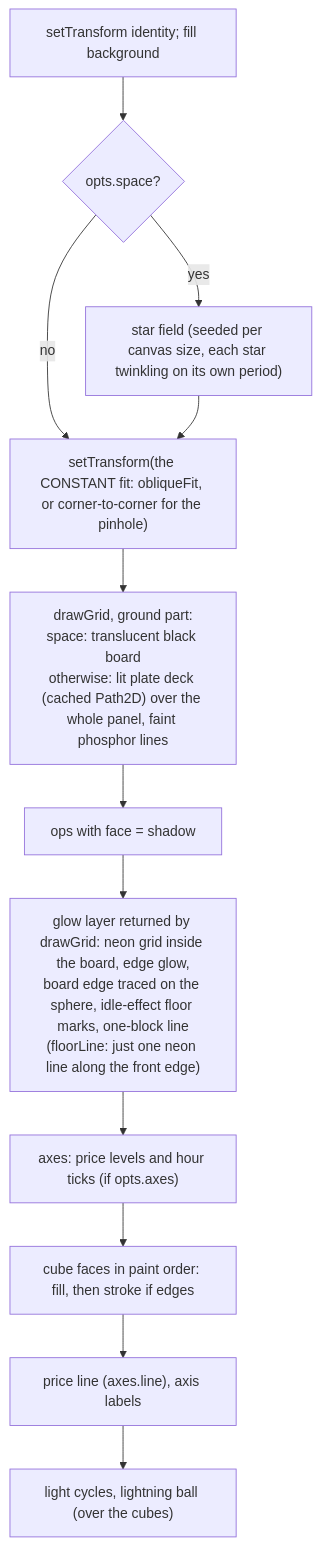
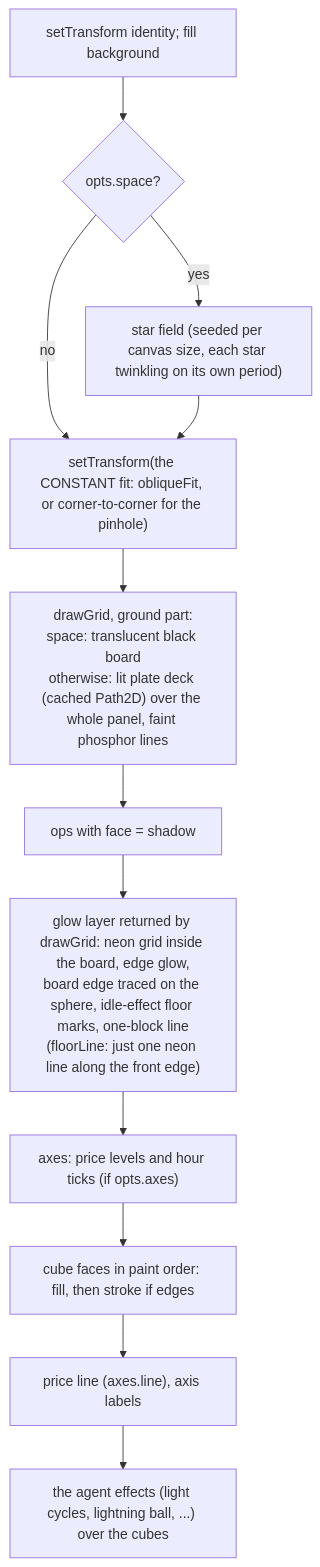
The seventh of 7 diagrams in docs/ARCHITECTURE.md (BobClawblaw/blockyard), drawn with Mermaid before and after one commit. The commit also changed other lines of this file and 40 other files, not shown here.

````diff
--- a/docs/ARCHITECTURE.md
+++ b/docs/ARCHITECTURE.md
@@ -869,14 +975,14 @@
 ```mermaid
 flowchart TD
   A["setTransform identity; fill background"] --> B{"opts.space?"}
   B -->|yes| B1["star field (seeded per canvas size, each star twinkling on its own period)"]
   B -->|no| C
   B1 --> C["setTransform(the CONSTANT fit: obliqueFit, or corner-to-corner for the pinhole)"]
   C --> D["drawGrid, ground part:<br/>space: translucent black board<br/>otherwise: lit plate deck (cached Path2D) over the whole panel, faint phosphor lines"]
   D --> E["ops with face = shadow"]
   E --> F["glow layer returned by drawGrid: neon grid inside the board, edge glow,<br/>board edge traced on the sphere, idle-effect floor marks, one-block line<br/>(floorLine: just one neon line along the front edge)"]
   F --> G["axes: price levels and hour ticks (if opts.axes)"]
   G --> H["cube faces in paint order: fill, then stroke if edges"]
   H --> I["price line (axes.line), axis labels"]
-  I --> J["light cycles, lightning ball (over the cubes)"]
+  I --> J["the agent effects (light cycles, lightning ball, ...) over the cubes"]
 ```
````
